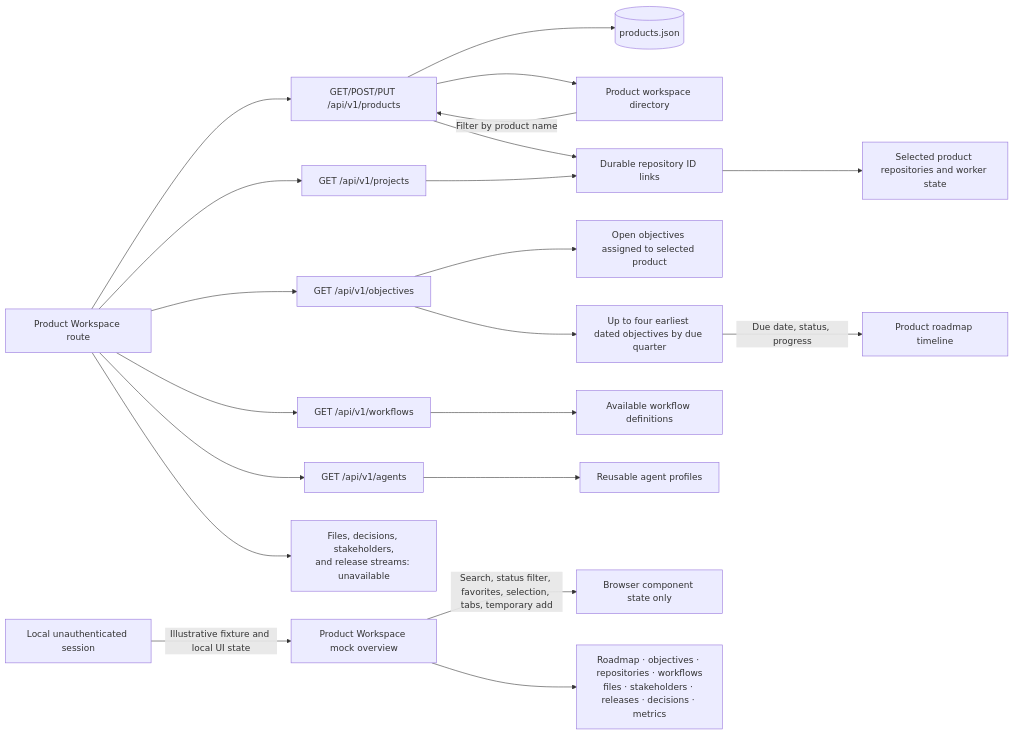
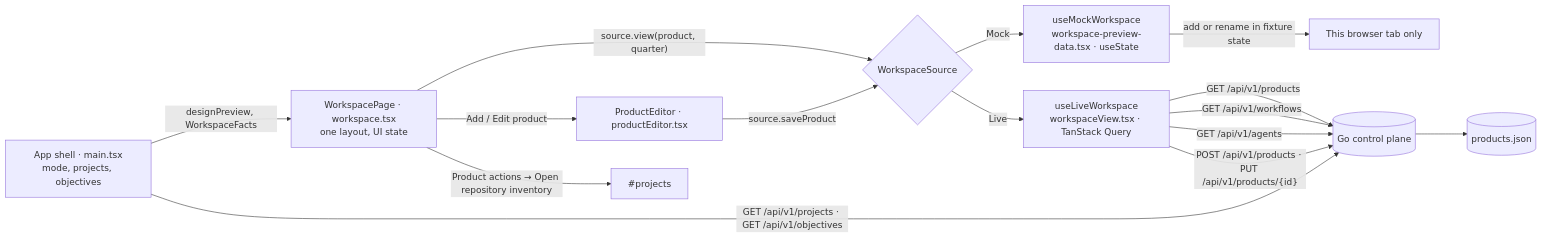
The diagram in docs/features/product-workspace.md (bogdaniel/zenchron-engineering-os), drawn with Mermaid before and after one commit. The commit also changed other lines of this file and 1 other file, not shown here.

Commit message:
docs: record the unified Product Workspace page

````diff
--- a/docs/features/product-workspace.md
+++ b/docs/features/product-workspace.md
@@ -30,24 +12,17 @@
 ```mermaid
 flowchart LR
-    Browser[Product Workspace route] --> Projects[GET /api/v1/projects]
-    Browser --> Products[GET/POST/PUT /api/v1/products]
-    Browser --> Objectives[GET /api/v1/objectives]
-    Browser --> Workflows[GET /api/v1/workflows]
-    Browser --> Agents[GET /api/v1/agents]
-    Products --> Store[(products.json)]
-    Products --> Directory[Product workspace directory]
-    Directory -->|Filter by product name| Products
-    Products --> Links[Durable repository ID links]
-    Projects --> Links
-    Links --> Detail[Selected product repositories and worker state]
-    Objectives --> GoalList[Open objectives assigned to selected product]
-    Objectives --> Roadmap[Up to four earliest dated objectives by due quarter]
-    Roadmap -->|Due date, status, progress| ProductRoadmap[Product roadmap timeline]
-    Workflows --> WorkflowList[Available workflow definitions]
-    Agents --> Templates[Reusable agent profiles]
-    Missing[Files, decisions, stakeholders,<br/>and release streams: unavailable]
-    Browser --> Missing
-    Preview[Local unauthenticated session] -->|Illustrative fixture and local UI state| Mock[Product Workspace mock overview]
-    Mock -->|Search, status filter, favorites, selection, tabs, temporary add| Local[Browser component state only]
-    Mock --> MockData[Roadmap · objectives · repositories · workflows<br/>files · stakeholders · releases · decisions · metrics]
+    Shell["App shell · main.tsx<br/>mode, projects, objectives"] -->|"designPreview, WorkspaceFacts"| Page["WorkspacePage · workspace.tsx<br/>one layout, UI state"]
+    Page -->|"source.view(product, quarter)"| Source{"WorkspaceSource"}
+    Source -->|Mock| Mock["useMockWorkspace<br/>workspace-preview-data.tsx · useState"]
+    Source -->|Live| Live["useLiveWorkspace<br/>workspaceView.tsx · TanStack Query"]
+    Live -->|"GET /api/v1/products"| CP[(Go control plane)]
+    Live -->|"GET /api/v1/workflows"| CP
+    Live -->|"GET /api/v1/agents"| CP
+    Shell -->|"GET /api/v1/projects · GET /api/v1/objectives"| CP
+    Page -->|"Add / Edit product"| Editor["ProductEditor · productEditor.tsx"]
+    Editor -->|"source.saveProduct"| Source
+    Live -->|"POST /api/v1/products · PUT /api/v1/products/{id}"| CP
+    Mock -->|"add or rename in fixture state"| Tab["This browser tab only"]
+    CP --> Store[(products.json)]
+    Page -->|"Product actions → Open repository inventory"| Projects["#projects"]
 ```
````
